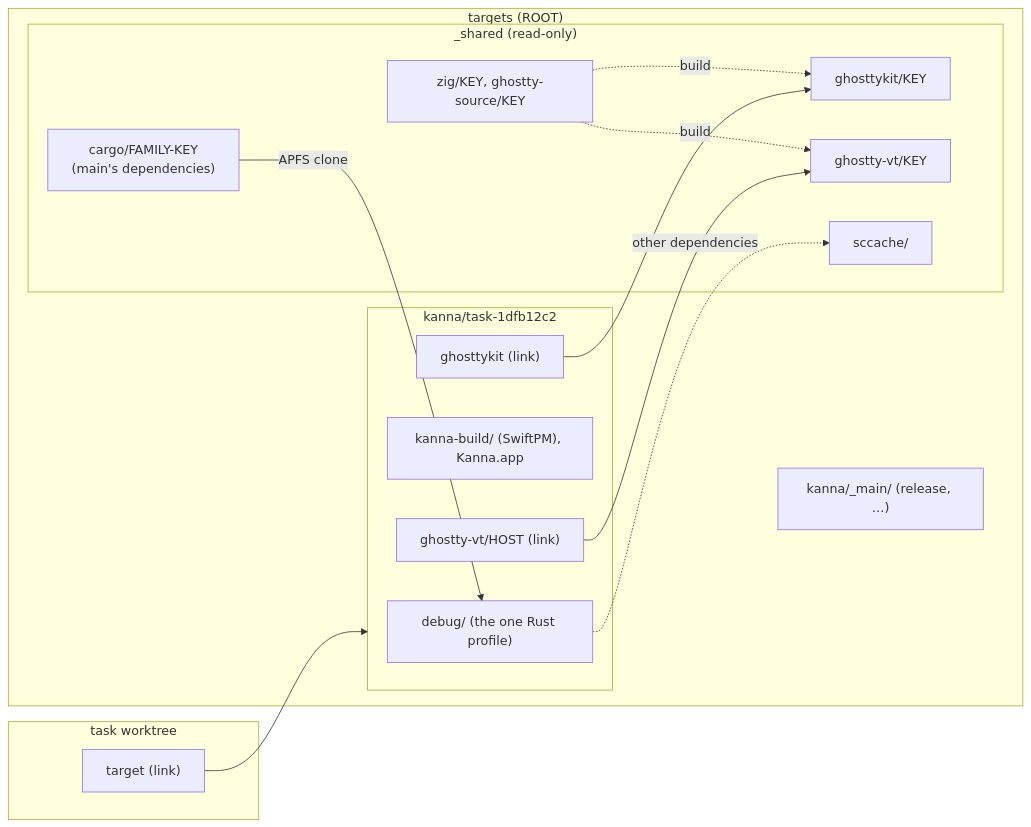
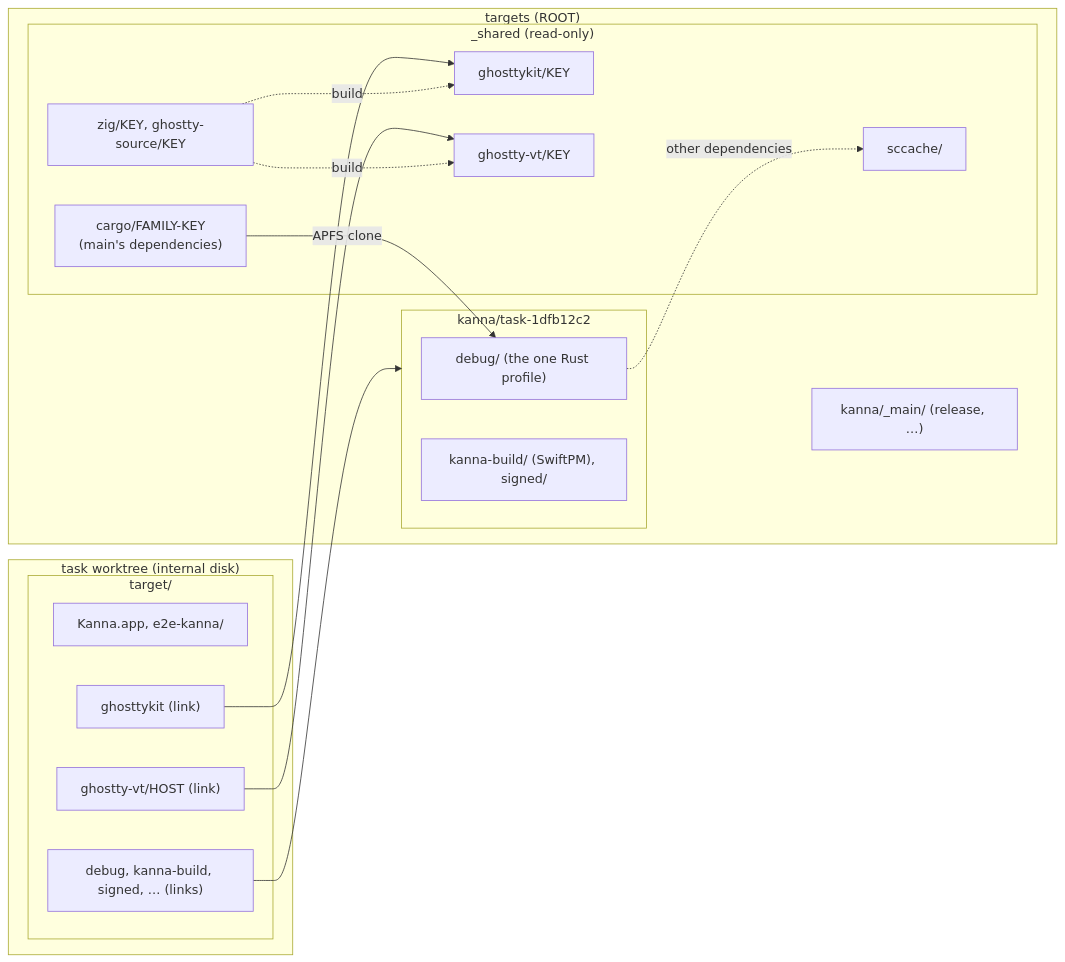
The first of 5 diagrams in docs/specs/build-store.md (tampopogk/kanna), drawn with Mermaid before and after one commit. The commit also changed other lines of this file and 7 other files, not shown here.

Commit message:
Task instances run off the internal disk: a worktree's target/ is a folder there, its build folders link to the volume, and Kanna.app and e2e-kanna stay local, so a drop of the volume doesn't take the instance; teardown removes the volume's folder and target/; scripts/test-volume-drop.sh

````diff
--- a/docs/specs/build-store.md
+++ b/docs/specs/build-store.md
@@ -20,29 +21,32 @@
 ```mermaid
 flowchart LR
-    subgraph W["task worktree"]
-        T["target (link)"]
+    subgraph W["task worktree (internal disk)"]
+        subgraph T["target/"]
+            APP["Kanna.app, e2e-kanna/"]
+            TL["debug, kanna-build, signed, … (links)"]
+            GK["ghosttykit (link)"]
+            GV["ghostty-vt/HOST (link)"]
+        end
     end
     subgraph V["targets (ROOT)"]
         subgraph F["kanna/task-1dfb12c2"]
             D["debug/ (the one Rust profile)"]
-            K["kanna-build/ (SwiftPM), Kanna.app"]
-            GK["ghosttykit (link)"]
-            GV["ghostty-vt/HOST (link)"]
+            K["kanna-build/ (SwiftPM), signed/"]
         end
         subgraph S["_shared (read-only)"]
             SK["ghosttykit/KEY"]
             SV["ghostty-vt/KEY"]
             SZ["zig/KEY, ghostty-source/KEY"]
             SD["cargo/FAMILY-KEY<br/>(main's dependencies)"]
             SC["sccache/"]
         end
         M["kanna/_main/ (release, …)"]
     end
-    T --> F
+    TL --> F
     GK --> SK
     GV --> SV
     SD -->|"APFS clone"| D
     D -. "other dependencies" .-> SC
     SZ -. "build" .-> SK
     SZ -. "build" .-> SV
 ```
````
